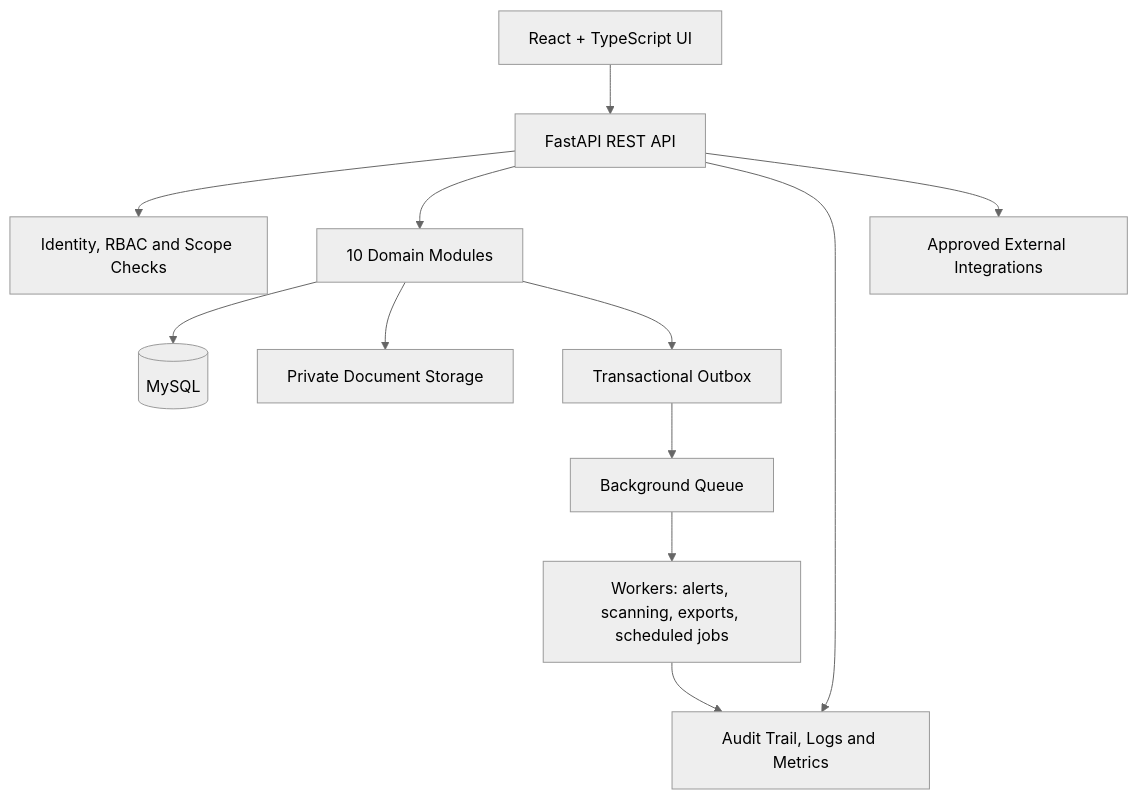
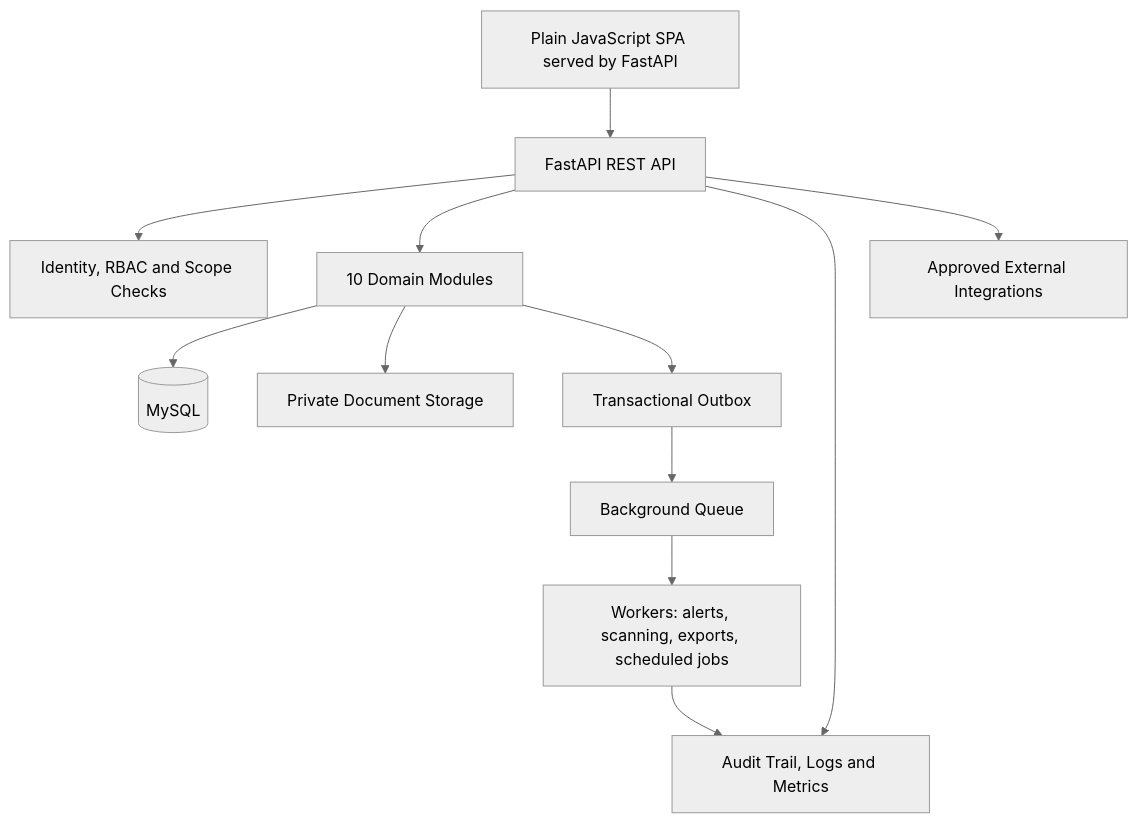
The second of 2 diagrams in mainBLUEPRINT.md (kotcdw/GPHAIAWORKSPACE), drawn with Mermaid (neutral theme) before and after one commit. The commit also changed other lines of this file and 30 other files, not shown here.

First line of the commit message:
Port/team scope for audit staff, engagement teams, verified finding closure; record FastAPI + MySQL stack in the blueprint

````diff
--- a/mainBLUEPRINT.md
+++ b/mainBLUEPRINT.md
@@ -331,14 +333,14 @@
 ```mermaid
 flowchart TB
-    UI[React + TypeScript UI] --> API[FastAPI REST API]
+    UI[Plain JavaScript SPA served by FastAPI] --> API[FastAPI REST API]
     API --> IAM[Identity, RBAC and Scope Checks]
     API --> DOM[10 Domain Modules]
     DOM --> DB[(MySQL)]
     DOM --> FS[Private Document Storage]
     DOM --> OUT[Transactional Outbox]
     OUT --> Q[Background Queue]
     Q --> W[Workers: alerts, scanning, exports, scheduled jobs]
     API --> LOG[Audit Trail, Logs and Metrics]
     W --> LOG
     API --> EXT[Approved External Integrations]
 ```
````
